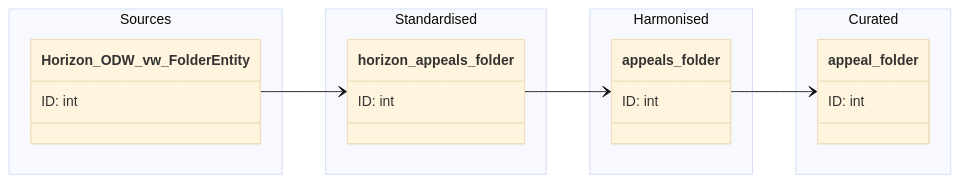
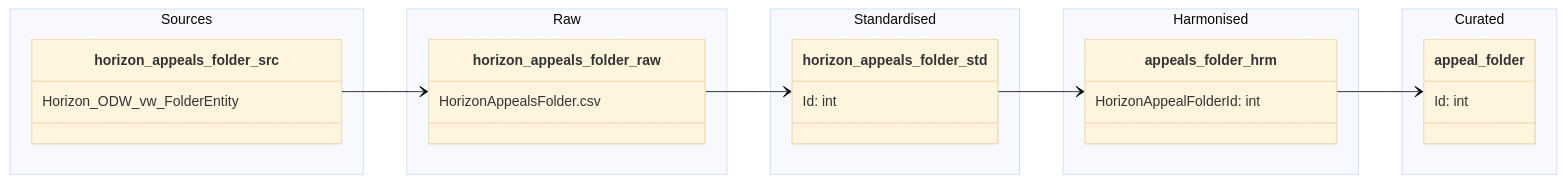
Before and after one commit to Planning-Inspectorate/odw-synapse-workspace: the diagram in data-models/appeal-folder.md, drawn with Mermaid (base theme). The commit also changed other lines of this file, not shown here.

````diff
--- a/data-models/appeal-folder.md
+++ b/data-models/appeal-folder.md
@@ -7,41 +7,48 @@
 ```mermaid
-
 classDiagram
 
     direction LR
 
     namespace Sources {
 
-        class Horizon_ODW_vw_FolderEntity {
-            ID: int
+        class horizon_appeals_folder_src {
+            Horizon_ODW_vw_FolderEntity
+        }
+    }
+
+    namespace Raw {
+
+        class horizon_appeals_folder_raw {
+            HorizonAppealsFolder.csv
         }
     }
 
     namespace Standardised {
 
-        class horizon_appeals_folder {
-            ID: int
+        class horizon_appeals_folder_std {
+            Id: int
         }
     }
 
     namespace Harmonised {
 
-        class appeals_folder {
-            ID: int
+        class appeals_folder_hrm {
+            HorizonAppealFolderId: int
         }
     }
 
     namespace Curated {
 
         class appeal_folder {
-            ID: int
+            Id: int
         }
     }
 
-Horizon_ODW_vw_FolderEntity --> horizon_appeals_folder
+    horizon_appeals_folder_src --> horizon_appeals_folder_raw
 
-horizon_appeals_folder --> appeals_folder
+    horizon_appeals_folder_raw --> horizon_appeals_folder_std
 
-appeals_folder --> appeal_folder
+    horizon_appeals_folder_std --> appeals_folder_hrm
 
+    appeals_folder_hrm --> appeal_folder
 ```
````
